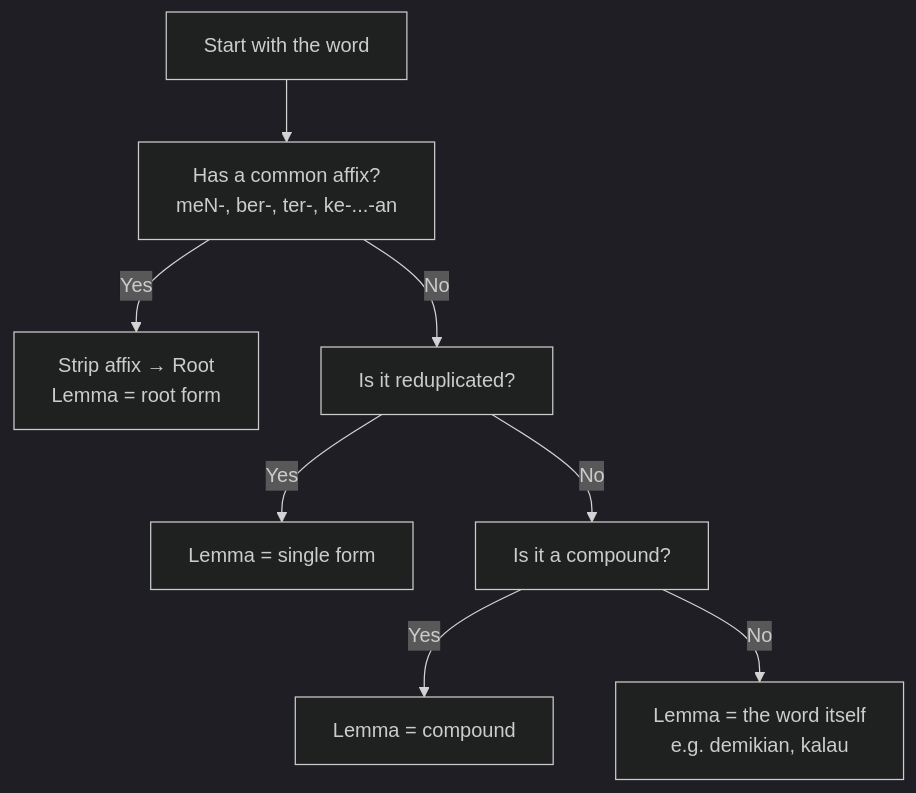
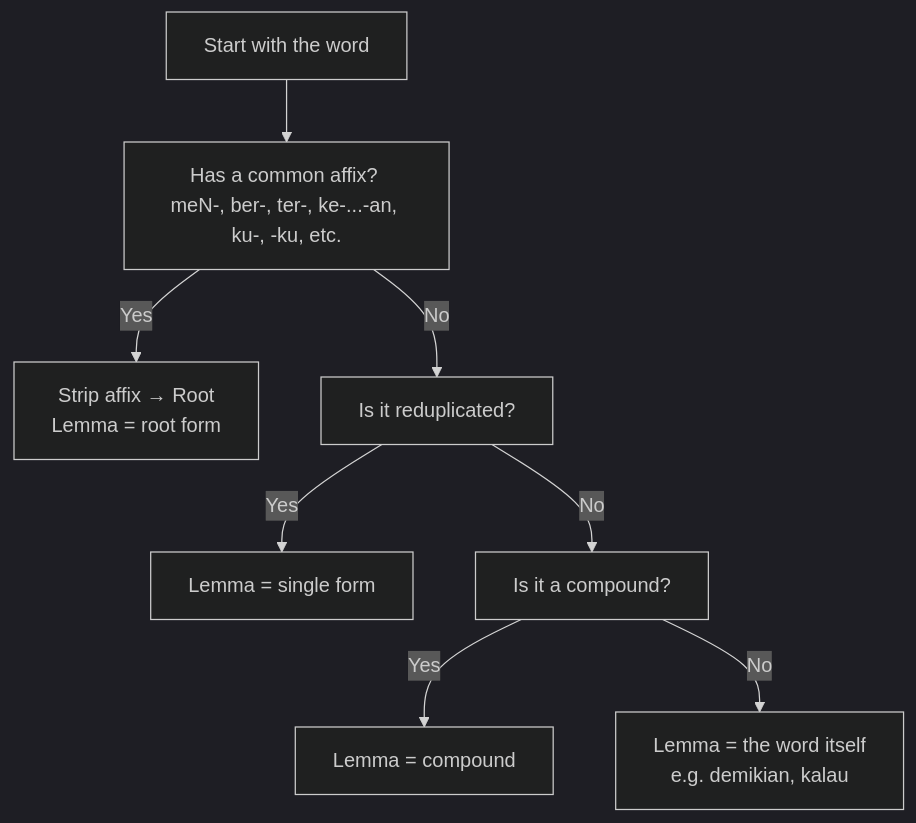
Before and after one commit to rene78/malay-grammar: the second of 2 diagrams in README.md, drawn with Mermaid (dark theme). The commit also changed other lines of this file, not shown here.

Commit message:
'ku' affix added

````diff
--- a/README.md
+++ b/README.md
@@ -408,10 +440,10 @@
 ```mermaid
 graph TD
-    A[Start with the word] --> B[Has a common affix? <br/>meN-, ber-, ter-, ke-...-an]
+    A[Start with the word] --> B[Has a common affix? <br/>meN-, ber-, ter-, ke-...-an, ku-, -ku, etc.]
     B -->|Yes| C[Strip affix → Root <br/>Lemma = root form]
     B -->|No| D[Is it reduplicated?]
     D -->|Yes| E[Lemma = single form]
     D -->|No| F[Is it a compound?]
     F -->|Yes| G[Lemma = compound]
     F -->|No| H[Lemma = the word itself <br/>e.g. demikian, kalau]
 ```
````
